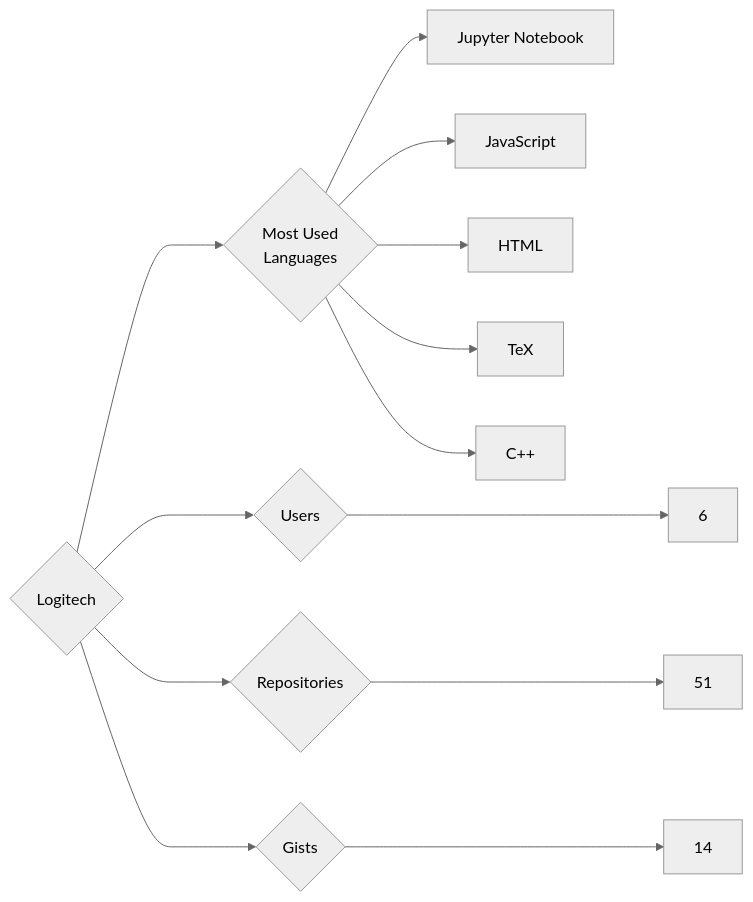
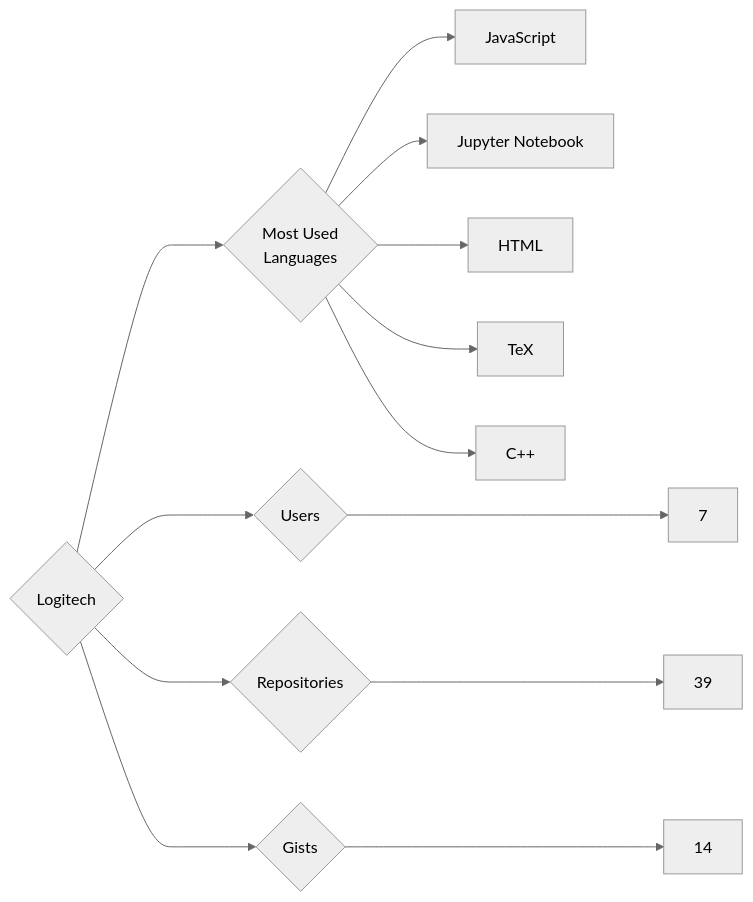
Before and after one commit to trickest/insiders: the diagram in targets/Logitech/README.md, drawn with Mermaid (neutral theme). The commit also changed 845 other files, not shown here.

````diff
--- a/targets/Logitech/README.md
+++ b/targets/Logitech/README.md
@@ -3,13 +3,13 @@
 ```mermaid
 graph LR
 COMPANY_NAME{Logitech}
-COMPANY_NAME ---> U{Users} ---> UN[6]
-COMPANY_NAME ---> R{Repositories} ---> RN[51]
+COMPANY_NAME ---> U{Users} ---> UN[7]
+COMPANY_NAME ---> R{Repositories} ---> RN[39]
 COMPANY_NAME ---> G{Gists} ---> GN[14]
 COMPANY_NAME ---> ML{Most Used<br>Languages}
+ML --> JavaScript[JavaScript]
 ML --> Jupyter_Notebook[Jupyter Notebook]
-ML --> JavaScript[JavaScript]
 ML --> HTML[HTML]
 ML --> TeX[TeX]
 ML --> C++[C++]
 ```
````
